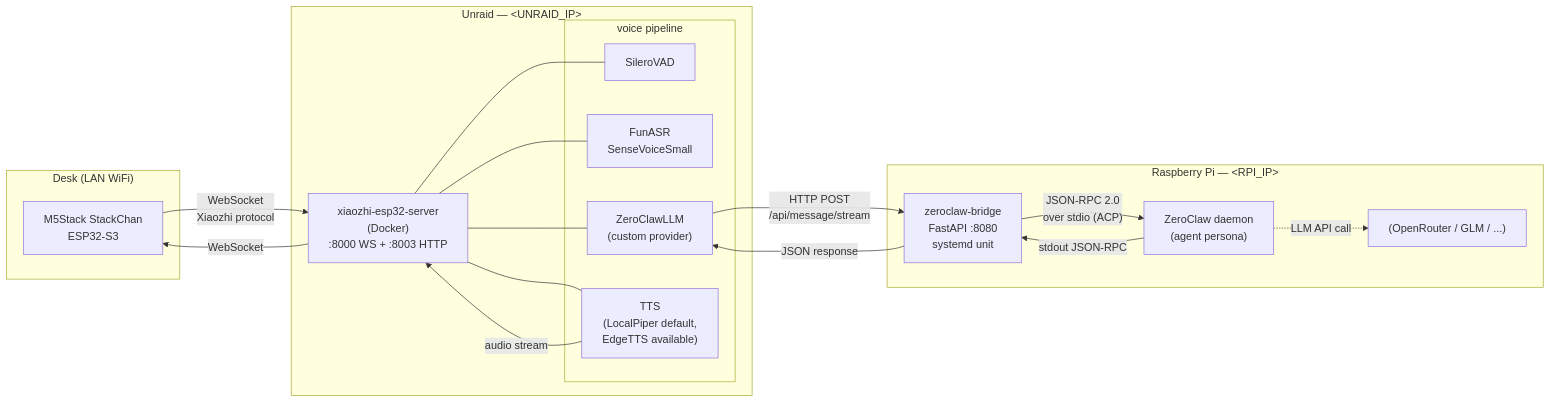
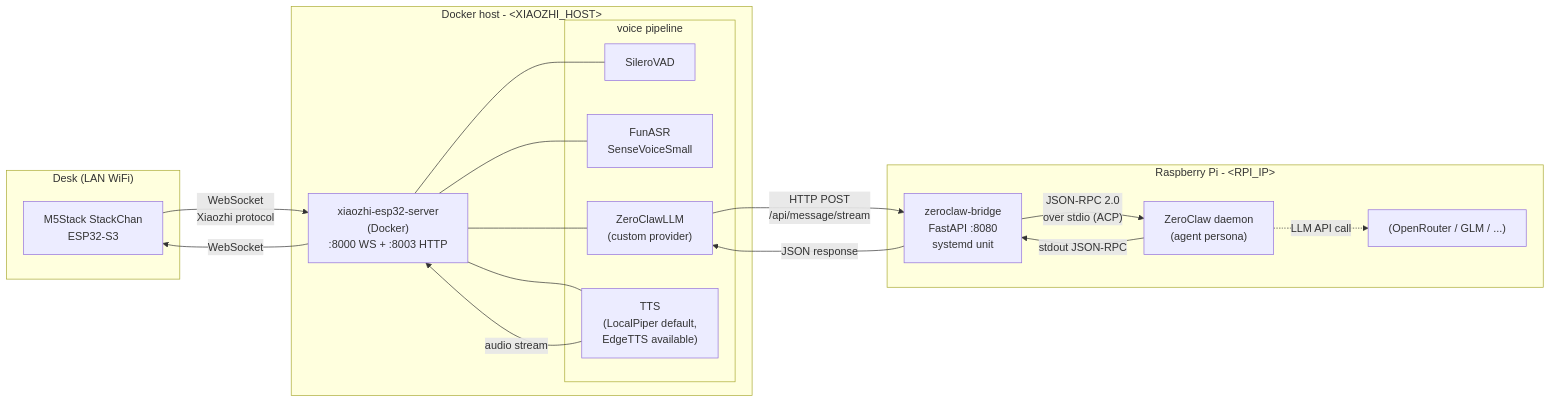
Before and after one commit to BrettKinny/dotty-stackchan: the first of 3 diagrams in README.md, drawn with Mermaid. The commit also changed other lines of this file and 29 other files, not shown here.

````diff
--- a/README.md
+++ b/README.md
@@ -101,32 +101,32 @@
 ```mermaid
 flowchart LR
     subgraph Desk["Desk (LAN WiFi)"]
         SC["M5Stack StackChan<br/>ESP32-S3"]
     end
 
-    subgraph Unraid["Unraid — &lt;UNRAID_IP&gt;"]
+    subgraph DockerHost["Docker host - &lt;XIAOZHI_HOST&gt;"]
         XZ["xiaozhi-esp32-server<br/>(Docker)<br/>:8000 WS + :8003 HTTP"]
         subgraph XZMods["voice pipeline"]
             VAD["SileroVAD"]
             ASR["FunASR<br/>SenseVoiceSmall"]
             LLM["ZeroClawLLM<br/>(custom provider)"]
             TTS["TTS<br/>(LocalPiper default,<br/>EdgeTTS available)"]
         end
     end
 
-    subgraph RPi["Raspberry Pi — &lt;RPI_IP&gt;"]
+    subgraph RPi["Raspberry Pi - &lt;RPI_IP&gt;"]
         Bridge["zeroclaw-bridge<br/>FastAPI :8080<br/>systemd unit"]
         ZC["ZeroClaw daemon<br/>(agent persona)"]
         Cloud["(OpenRouter / GLM / ...)"]
     end
 
     SC -->|"WebSocket<br/>Xiaozhi protocol"| XZ
     XZ --- VAD & ASR & LLM & TTS
     LLM -->|"HTTP POST<br/>/api/message/stream"| Bridge
     Bridge -->|"JSON-RPC 2.0<br/>over stdio (ACP)"| ZC
     ZC -.->|"LLM API call"| Cloud
     ZC -->|"stdout JSON-RPC"| Bridge
     Bridge -->|"JSON response"| LLM
     TTS -->|"audio stream"| XZ
     XZ -->|"WebSocket"| SC
 ```
````
